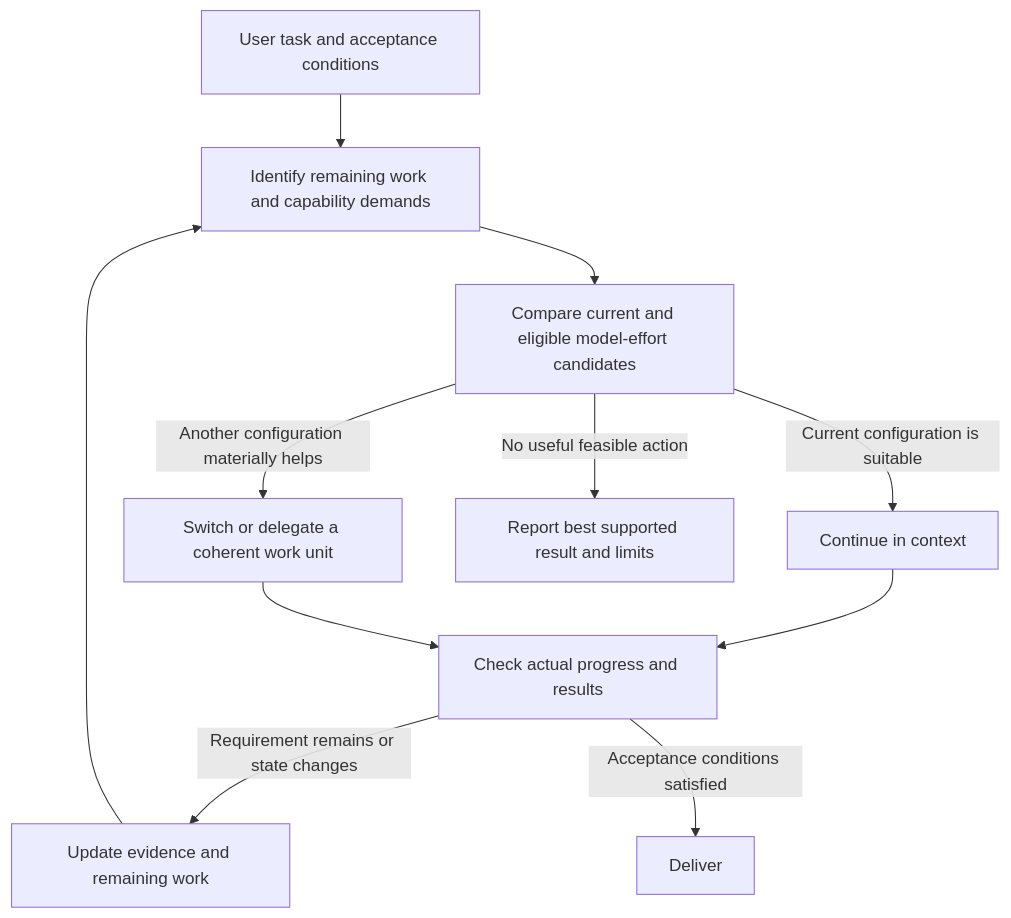
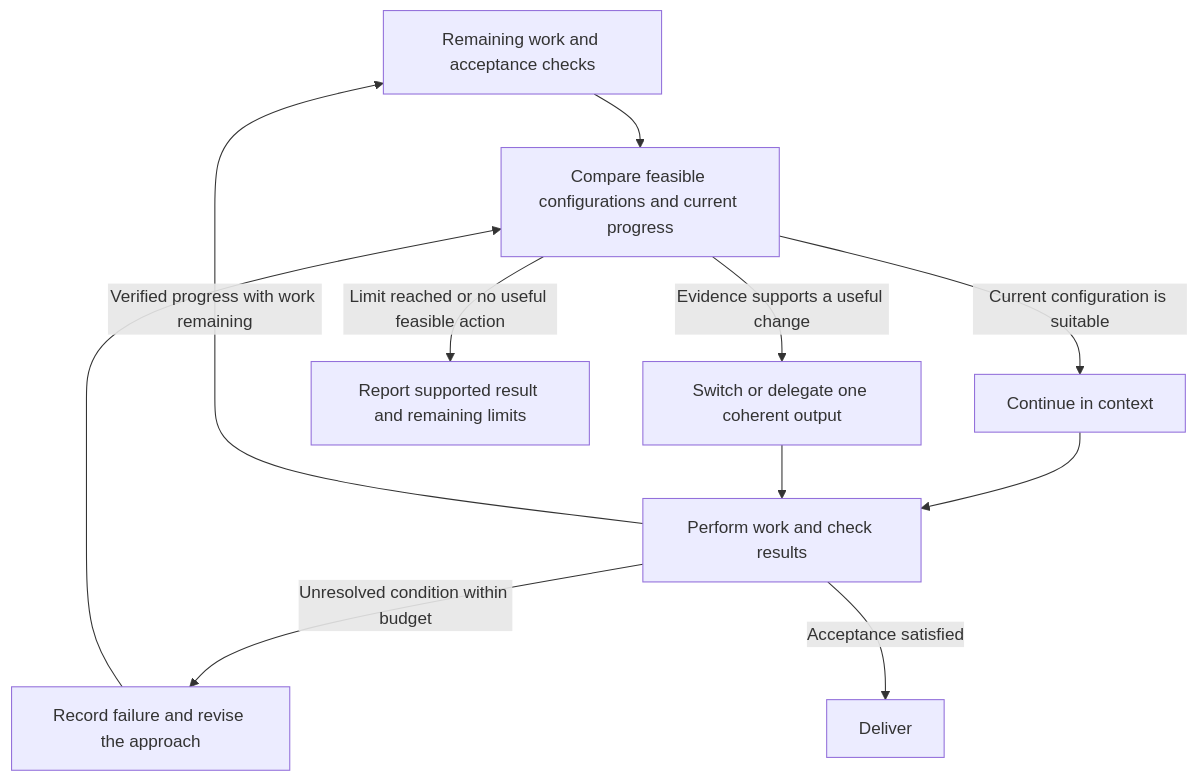
Before and after one commit to Unjuno/AgentMD: the diagram in README.md, drawn with Mermaid. The commit also changed other lines of this file and 7 other files, not shown here.

````diff
--- a/README.md
+++ b/README.md
@@ -7,13 +7,13 @@
 ```mermaid
 flowchart TD
-    U[User task and acceptance conditions] --> S[Identify remaining work and capability demands]
-    S --> L[Compare current and eligible model-effort candidates]
-    L -->|Current configuration is suitable| X[Continue in context]
-    L -->|Another configuration materially helps| D[Switch or delegate a coherent work unit]
-    X --> V[Check actual progress and results]
-    D --> V
-    V -->|Requirement remains or state changes| C[Update evidence and remaining work]
-    C --> S
-    V -->|Acceptance conditions satisfied| F[Deliver]
-    L -->|No useful feasible action| B[Report best supported result and limits]
+    W[Remaining work and acceptance checks] --> C[Compare feasible configurations and current progress]
+    C -->|Current configuration is suitable| K[Continue in context]
+    C -->|Evidence supports a useful change| R[Switch or delegate one coherent output]
+    K --> V[Perform work and check results]
+    R --> V
+    V -->|Verified progress with work remaining| W
+    V -->|Unresolved condition within budget| F[Record failure and revise the approach]
+    F --> C
+    V -->|Acceptance satisfied| D[Deliver]
+    C -->|Limit reached or no useful feasible action| B[Report supported result and remaining limits]
 ```
````
